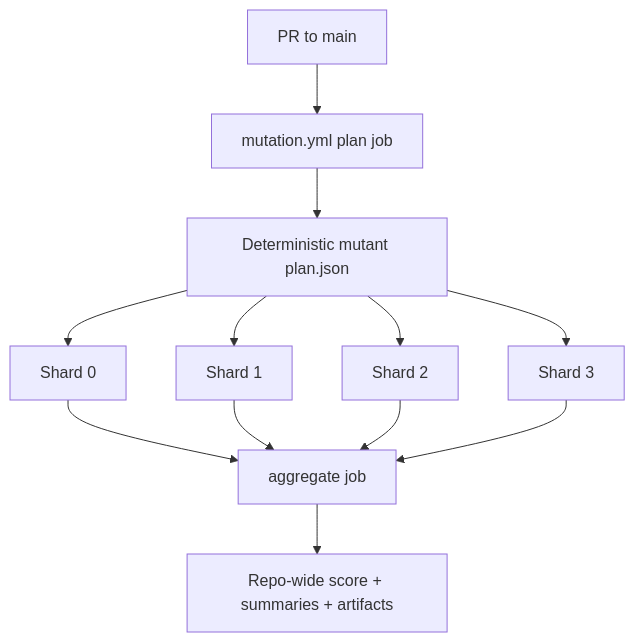
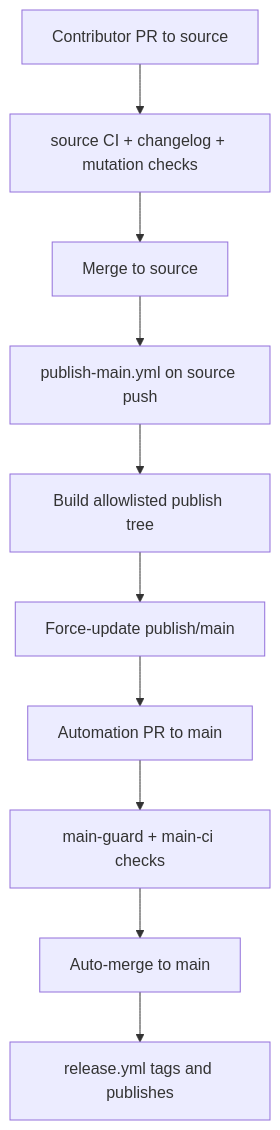
One commit to bajor/nvim-raccoon changed the diagram in ARCHITECTURE_DIFF.md. Above: the diagram before and after it, drawn with Mermaid. The commit also changed other lines of this file and 12 other files, not shown here.

Commit message:
chore: automate source to main publish flow

````diff
--- a/ARCHITECTURE_DIFF.md
+++ b/ARCHITECTURE_DIFF.md
@@ -6,14 +6,12 @@
 ```mermaid
 flowchart TD
-    A[PR to main] --> B[mutation.yml plan job]
-    B --> C[Deterministic mutant plan.json]
-    C --> D[Shard 0]
-    C --> E[Shard 1]
-    C --> F[Shard 2]
-    C --> G[Shard 3]
-    D --> H[aggregate job]
-    E --> H
-    F --> H
-    G --> H
-    H --> I[Repo-wide score + summaries + artifacts]
+    A[Contributor PR to source] --> B[source CI + changelog + mutation checks]
+    B --> C[Merge to source]
+    C --> D[publish-main.yml on source push]
+    D --> E[Build allowlisted publish tree]
+    E --> F[Force-update publish/main]
+    F --> G[Automation PR to main]
+    G --> H[main-guard + main-ci checks]
+    H --> I[Auto-merge to main]
+    I --> J[release.yml tags and publishes]
 ```
````
